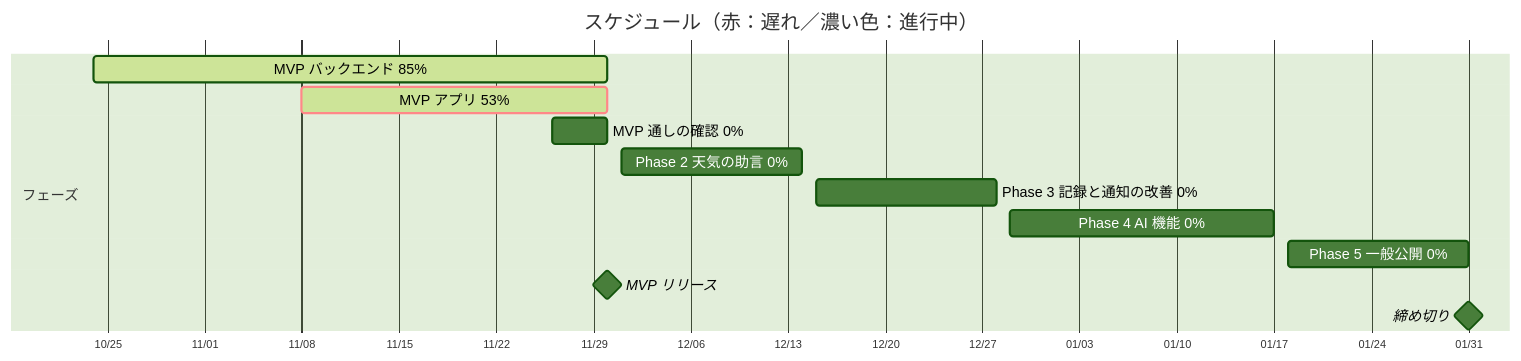
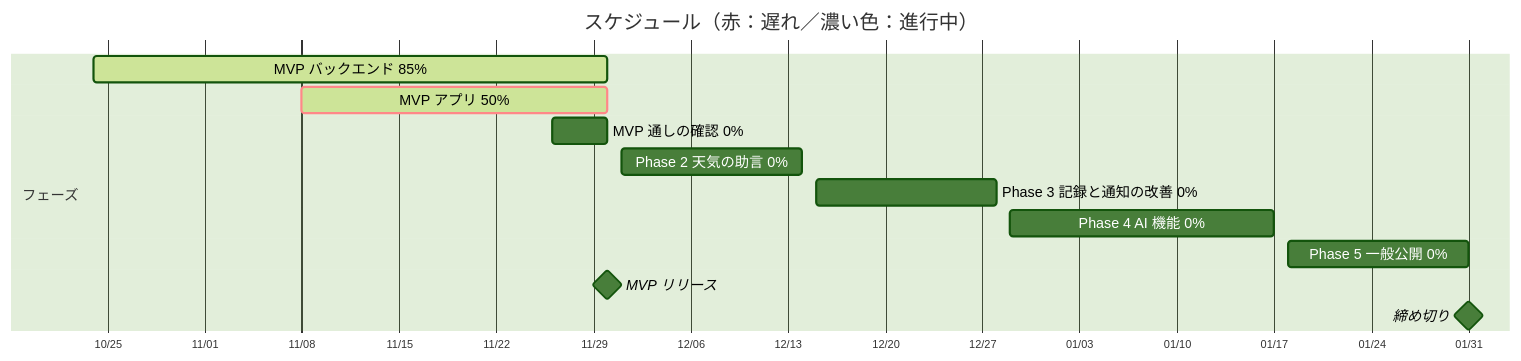
The diagram in README.md (ch00z00/uchinokusa), drawn with Mermaid (forest theme) before and after one commit. The commit also changed other lines of this file and 2 other files, not shown here.

````diff
--- a/README.md
+++ b/README.md
@@ -26,17 +26,17 @@
 ```mermaid
 %%{init: {"gantt": {"useWidth": 1400, "useMaxWidth": false, "barHeight": 24, "fontSize": 13, "sectionFontSize": 13}}}%%
 gantt
     title スケジュール（赤：遅れ／濃い色：進行中）
     dateFormat YYYY-MM-DD
     axisFormat %m/%d
     section フェーズ
     MVP バックエンド 85% :active, backend, 2026-10-24, 2026-11-30
-    MVP アプリ 53% :crit, active, app, 2026-11-08, 2026-11-30
+    MVP アプリ 50% :crit, active, app, 2026-11-08, 2026-11-30
     MVP 通しの確認 0% :e2e, 2026-11-26, 2026-11-30
     Phase 2 天気の助言 0% :p2, 2026-12-01, 2026-12-14
     Phase 3 記録と通知の改善 0% :p3, 2026-12-15, 2026-12-28
     Phase 4 AI 機能 0% :p4, 2026-12-29, 2027-01-17
     Phase 5 一般公開 0% :p5, 2027-01-18, 2027-01-31
     MVP リリース :milestone, m0, 2026-11-30, 0d
     締め切り :milestone, deadline, 2027-01-31, 0d
 ```
````
